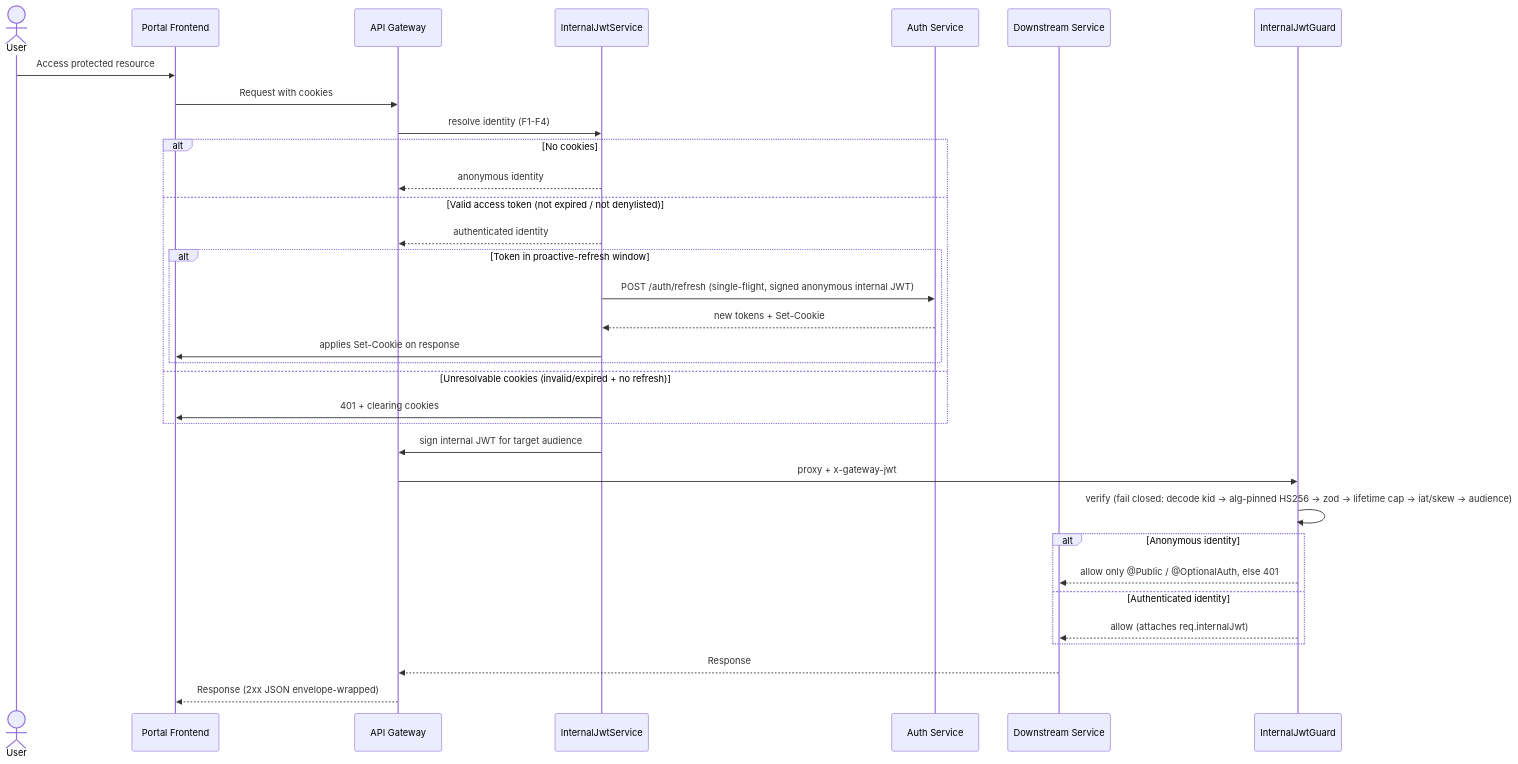
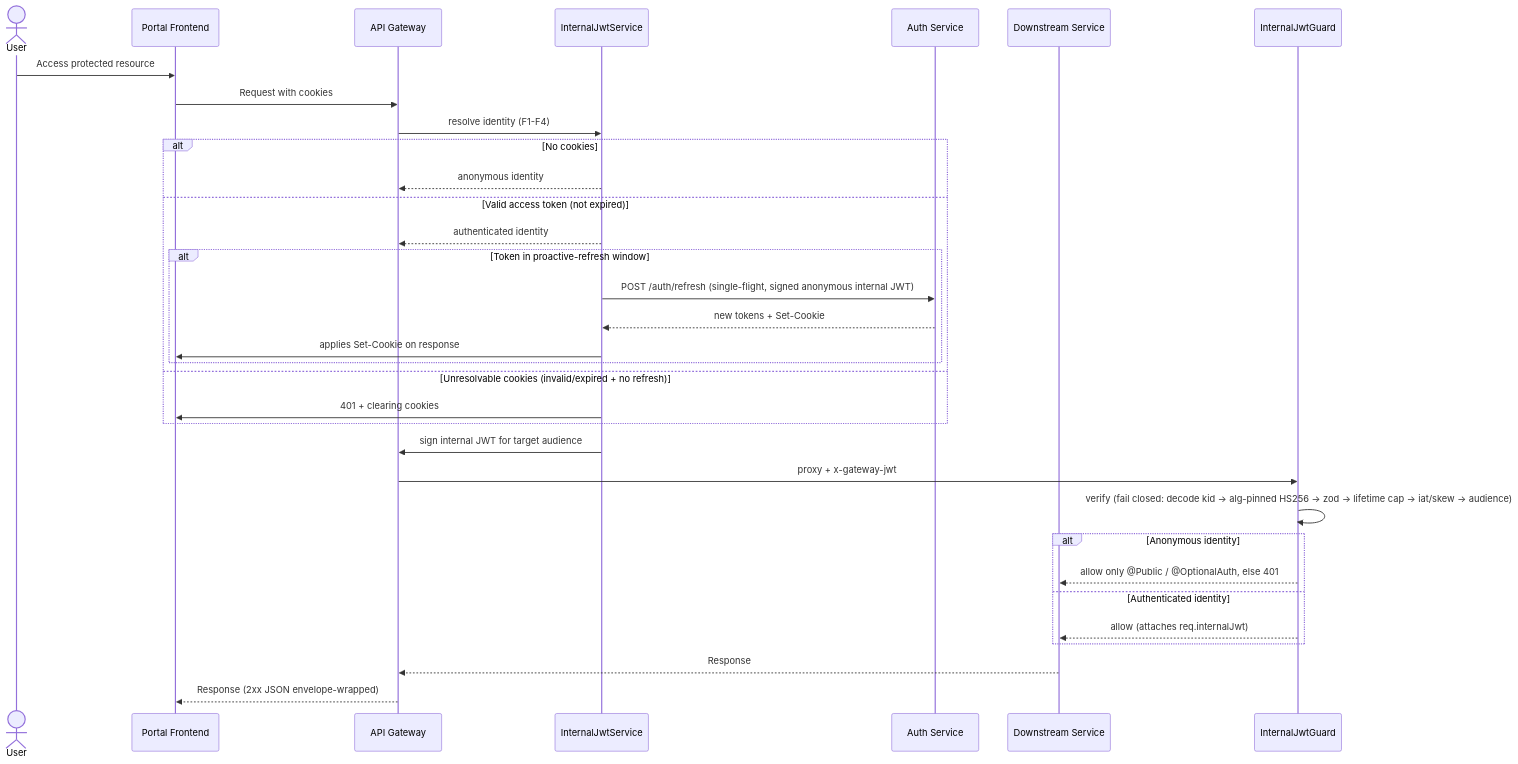
The third of 4 diagrams in .codebuddy/docs/authentication-architecture.md (aoda-zhang/PawHaven-Enterprise-FullStack-React-NestJS), drawn with Mermaid before and after one commit. The commit also changed other lines of this file and 67 other files, not shown here.

````diff
--- a/.codebuddy/docs/authentication-architecture.md
+++ b/.codebuddy/docs/authentication-architecture.md
@@ -134,38 +134,38 @@
 ```mermaid
 sequenceDiagram
     actor User
     participant Portal as Portal Frontend
     participant Gateway as API Gateway
     participant InternalJwtService as InternalJwtService
     participant AuthService as Auth Service
     participant Service as Downstream Service
     participant Guard as InternalJwtGuard
 
     User->>Portal: Access protected resource
     Portal->>Gateway: Request with cookies
     Gateway->>InternalJwtService: resolve identity (F1-F4)
 
     alt No cookies
         InternalJwtService-->>Gateway: anonymous identity
-    else Valid access token (not expired / not denylisted)
+    else Valid access token (not expired)
         InternalJwtService-->>Gateway: authenticated identity
         alt Token in proactive-refresh window
             InternalJwtService->>AuthService: POST /auth/refresh (single-flight, signed anonymous internal JWT)
             AuthService-->>InternalJwtService: new tokens + Set-Cookie
             InternalJwtService->>Portal: applies Set-Cookie on response
         end
     else Unresolvable cookies (invalid/expired + no refresh)
         InternalJwtService->>Portal: 401 + clearing cookies
     end
 
     InternalJwtService->>Gateway: sign internal JWT for target audience
     Gateway->>Guard: proxy + x-gateway-jwt
     Guard->>Guard: verify (fail closed: decode kid → alg-pinned HS256 → zod → lifetime cap → iat/skew → audience)
     alt Anonymous identity
         Guard-->>Service: allow only @Public / @OptionalAuth, else 401
     else Authenticated identity
         Guard-->>Service: allow (attaches req.internalJwt)
     end
     Service-->>Gateway: Response
     Gateway-->>Portal: Response (2xx JSON envelope-wrapped)
 ```
````
